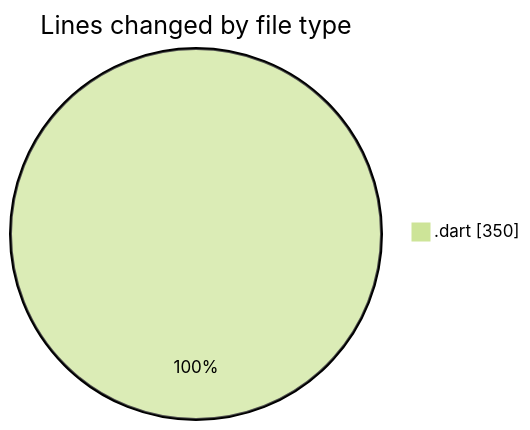
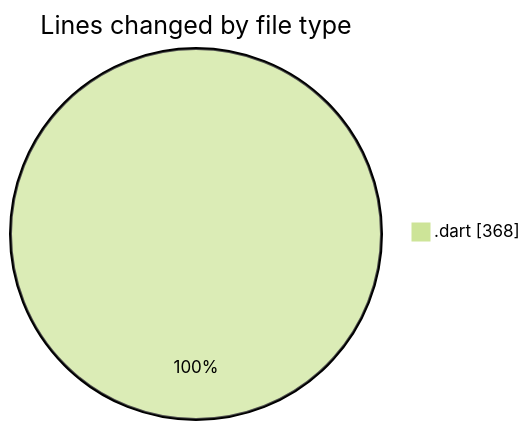
Before and after one commit to donsfak/code-tracking: the first of 2 diagrams in 2025-01-23/trackers_app/README.md, drawn with Mermaid (forest theme). The commit also changed other lines of this file and 1 other file, not shown here.

````diff
--- a/2025-01-23/trackers_app/README.md
+++ b/2025-01-23/trackers_app/README.md
@@ -23,5 +23,5 @@
 ```mermaid
 pie showData
 title Lines changed by file type
-".dart" : 350
+".dart" : 368
 ```
````
